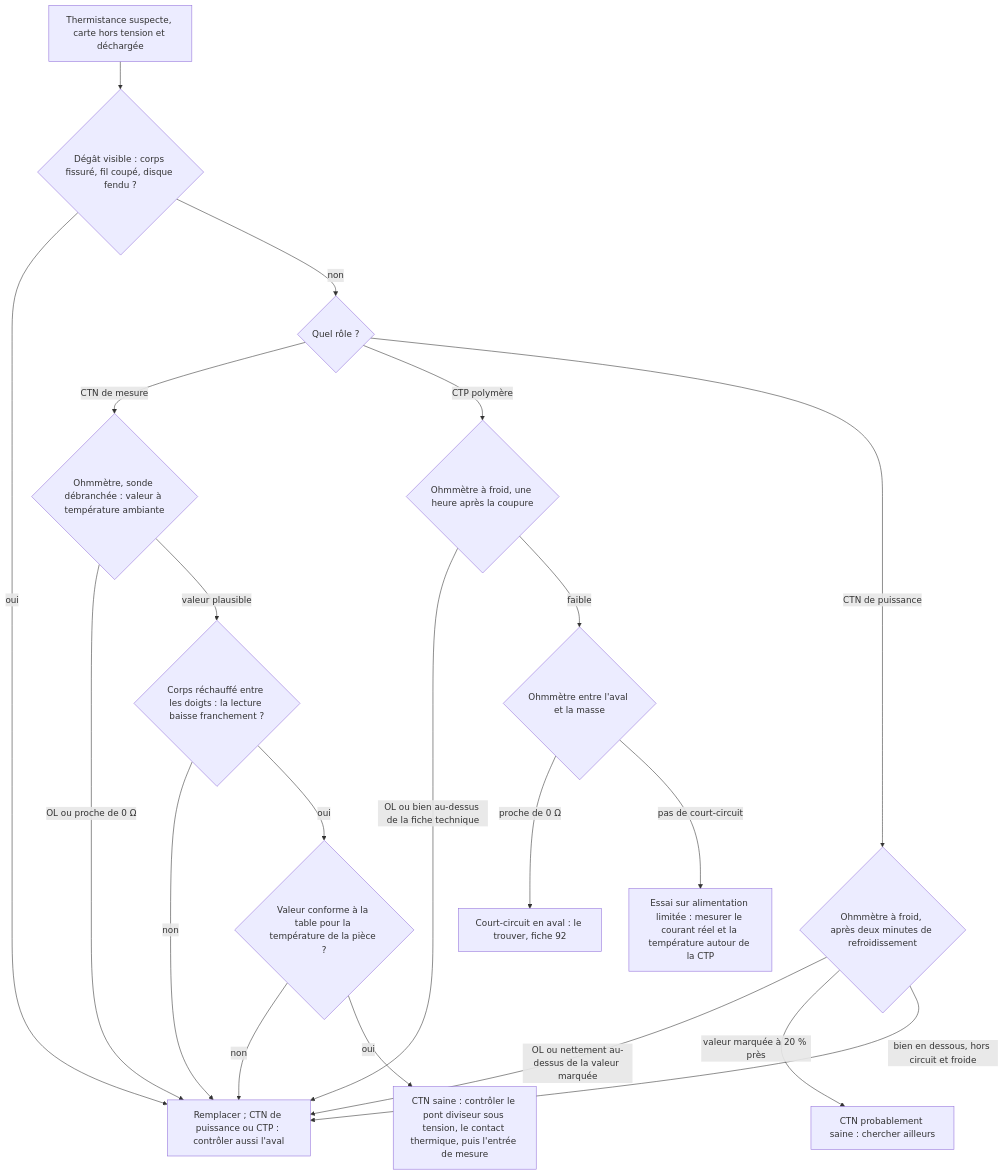
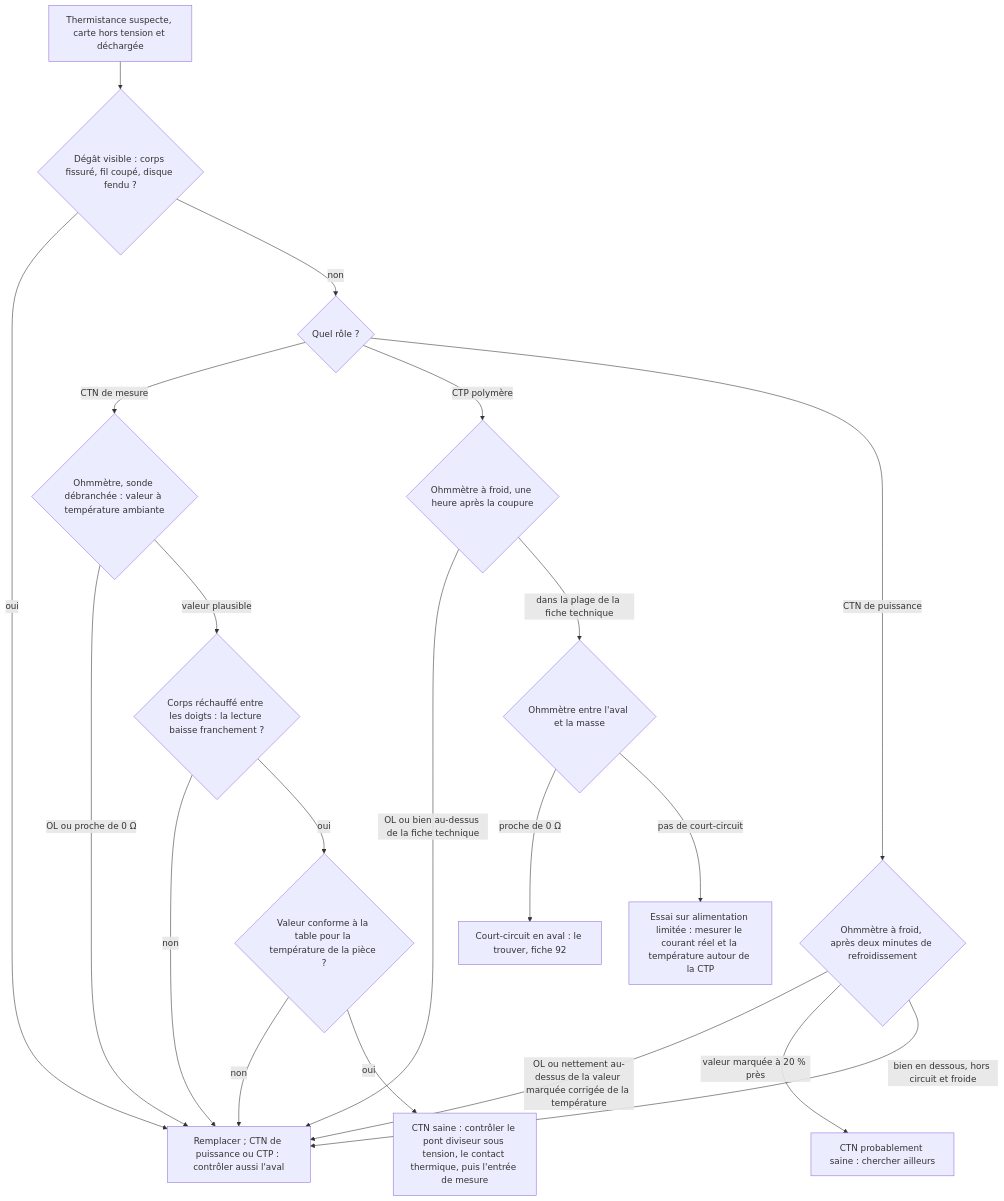
One commit to benoit-bremaud/ohm-sweet-ohm changed the diagram in troubleshooting/12_thermistance/README.md. Above: the diagram before and after it, drawn with Mermaid. The commit also changed other lines of this file and 3 other files, not shown here.

````diff
--- a/troubleshooting/12_thermistance/README.md
+++ b/troubleshooting/12_thermistance/README.md
@@ -186,22 +186,22 @@
 ```mermaid
 flowchart TD
   A[Thermistance suspecte, carte hors tension et déchargée] --> B{Dégât visible : corps fissuré, fil coupé, disque fendu ?}
   B -- oui --> R[Remplacer ; CTN de puissance ou CTP : contrôler aussi l'aval]
   B -- non --> C{Quel rôle ?}
   C -- CTN de mesure --> D{Ohmmètre, sonde débranchée : valeur à température ambiante}
   D -- OL ou proche de 0 Ω --> R
   D -- valeur plausible --> E{Corps réchauffé entre les doigts : la lecture baisse franchement ?}
   E -- non --> R
   E -- oui --> F{Valeur conforme à la table pour la température de la pièce ?}
   F -- non --> R
   F -- oui --> G[CTN saine : contrôler le pont diviseur sous tension, le contact thermique, puis l'entrée de mesure]
   C -- CTP polymère --> H{Ohmmètre à froid, une heure après la coupure}
   H -- OL ou bien au-dessus de la fiche technique --> R
-  H -- faible --> I{Ohmmètre entre l'aval et la masse}
+  H -- dans la plage de la fiche technique --> I{Ohmmètre entre l'aval et la masse}
   I -- proche de 0 Ω --> J[Court-circuit en aval : le trouver, fiche 92]
   I -- pas de court-circuit --> K[Essai sur alimentation limitée : mesurer le courant réel et la température autour de la CTP]
   C -- CTN de puissance --> L{Ohmmètre à froid, après deux minutes de refroidissement}
-  L -- OL ou nettement au-dessus de la valeur marquée --> R
+  L -- OL ou nettement au-dessus de la valeur marquée corrigée de la température --> R
   L -- valeur marquée à 20 % près --> M[CTN probablement saine : chercher ailleurs]
   L -- bien en dessous, hors circuit et froide --> R
 ```
````
